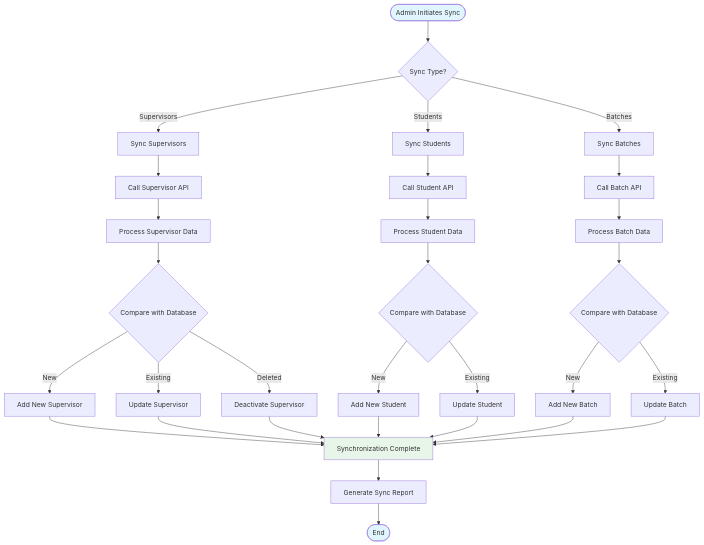
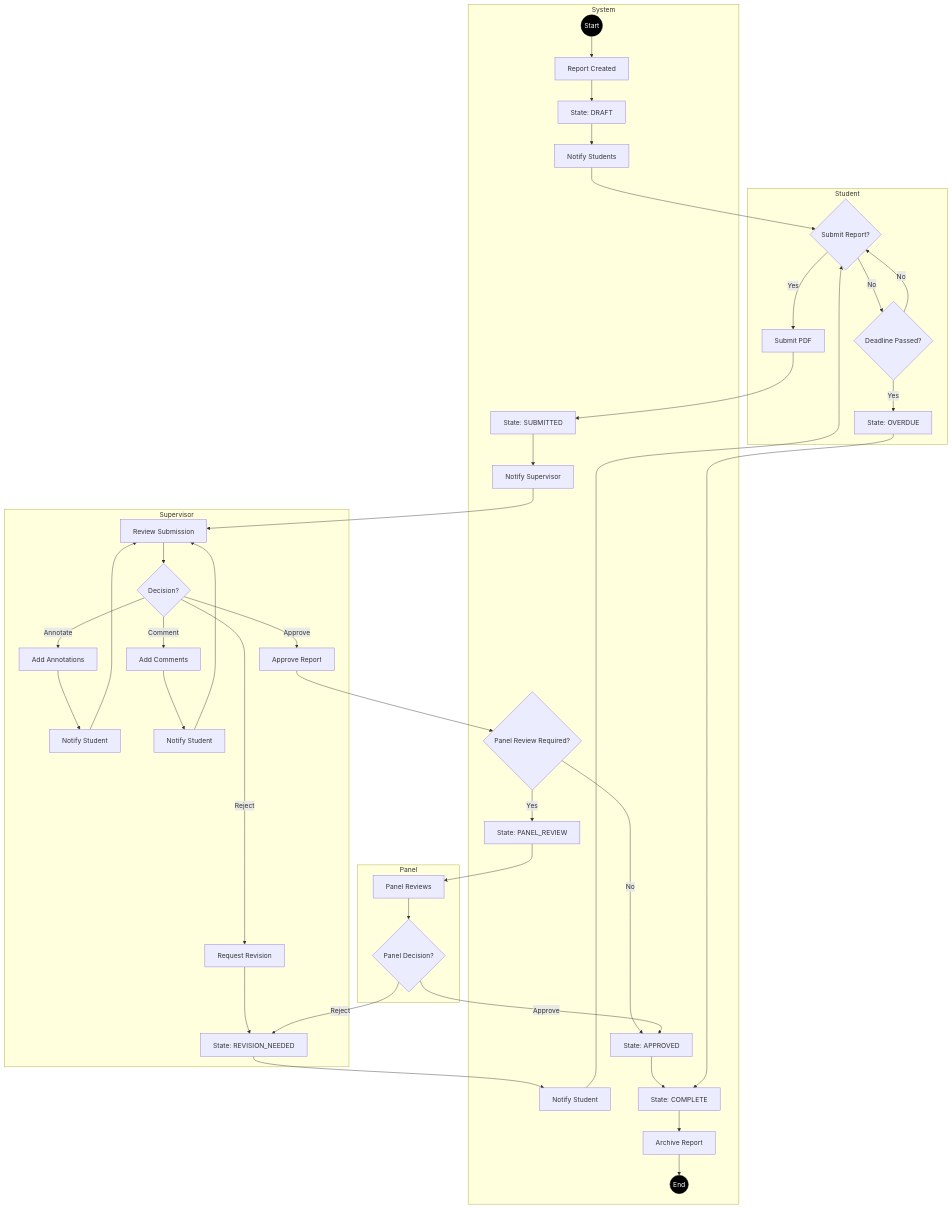
Before and after one commit to abdullah2323442/thesisrepo-backup: the fourth of 6 diagrams in activity.md, drawn with Mermaid. The commit also changed other lines of this file and 1 other file, not shown here.

First line of the commit message:
Add activity viewer page with Mermaid diagrams for thesis repository management system

````diff
--- a/activity.md
+++ b/activity.md
@@ -293,45 +208,65 @@
 ```mermaid
-graph TD
-    Start([Admin Initiates Sync]) --> SelectType{Sync Type?}
+graph TB
+    subgraph "System"
+        Start4((Start))
+        Start4 --> CreateReport[Report Created]
+        CreateReport --> DraftState[State: DRAFT]
+        DraftState --> NotifyStudents[Notify Students]
+    end
     
-    SelectType -->|Supervisors| SyncSupervisors[Sync Supervisors]
-    SelectType -->|Students| SyncStudents[Sync Students]
-    SelectType -->|Batches| SyncBatches[Sync Batches]
+    subgraph "Student"
+        NotifyStudents --> StudentAction{Submit Report?}
+        StudentAction -->|No| CheckDeadline{Deadline Passed?}
+        CheckDeadline -->|No| StudentAction
+        CheckDeadline -->|Yes| OverdueState[State: OVERDUE]
+        StudentAction -->|Yes| SubmitReport[Submit PDF]
+    end
     
-    SyncSupervisors --> CallSupAPI[Call Supervisor API]
-    SyncStudents --> CallStuAPI[Call Student API]
-    SyncBatches --> CallBatchAPI[Call Batch API]
+    subgraph "System"
+        SubmitReport --> SubmittedState[State: SUBMITTED]
+        SubmittedState --> NotifySupervisor[Notify Supervisor]
+    end
     
-    CallSupAPI --> ProcessSupData[Process Supervisor Data]
-    CallStuAPI --> ProcessStuData[Process Student Data]
-    CallBatchAPI --> ProcessBatchData[Process Batch Data]
+    subgraph "Supervisor"
+        NotifySupervisor --> ReviewReport[Review Submission]
+        ReviewReport --> Decision{Decision?}
+        Decision -->|Annotate| AddAnnotations[Add Annotations]
+        AddAnnotations --> NotifyAnnotation[Notify Student]
+        NotifyAnnotation --> ReviewReport
+        
+        Decision -->|Comment| AddComments[Add Comments]
+        AddComments --> NotifyComment[Notify Student]
+        NotifyComment --> ReviewReport
+        
+        Decision -->|Reject| RejectReport[Request Revision]
+        RejectReport --> RevisionState[State: REVISION_NEEDED]
+        
+        Decision -->|Approve| ApproveReport[Approve Report]
+    end
     
-    ProcessSupData --> CompareSupDB{Compare with Database}
-    ProcessStuData --> CompareStuDB{Compare with Database}
-    ProcessBatchData --> CompareBatchDB{Compare with Database}
+    subgraph "System"
+        RevisionState --> NotifyRevision[Notify Student]
+        NotifyRevision --> StudentAction
+        
+        ApproveReport --> CheckPanel{Panel Review Required?}
+        CheckPanel -->|No| ApprovedState[State: APPROVED]
+        CheckPanel -->|Yes| PanelState[State: PANEL_REVIEW]
+    end
     
-    CompareSupDB -->|New| AddSupervisor[Add New Supervisor]
-    CompareSupDB -->|Existing| UpdateSupervisor[Update Supervisor]
-    CompareSupDB -->|Deleted| DeactivateSupervisor[Deactivate Supervisor]
+    subgraph "Panel"
+        PanelState --> PanelReview[Panel Reviews]
+        PanelReview --> PanelDecision{Panel Decision?}
+        PanelDecision -->|Reject| RevisionState
+        PanelDecision -->|Approve| ApprovedState
+    end
     
-    CompareStuDB -->|New| AddStudent[Add New Student]
-    CompareStuDB -->|Existing| UpdateStudent[Update Student]
+    subgraph "System"
+        ApprovedState --> CompleteState[State: COMPLETE]
+        OverdueState --> CompleteState
+        CompleteState --> ArchiveReport[Archive Report]
+        ArchiveReport --> End4((End))
+    end
     
-    CompareBatchDB -->|New| AddBatch[Add New Batch]
-    CompareBatchDB -->|Existing| UpdateBatch[Update Batch]
-    
-    AddSupervisor --> SyncComplete[Synchronization Complete]
-    UpdateSupervisor --> SyncComplete
-    DeactivateSupervisor --> SyncComplete
-    AddStudent --> SyncComplete
-    UpdateStudent --> SyncComplete
-    AddBatch --> SyncComplete
-    UpdateBatch --> SyncComplete
-    
-    SyncComplete --> GenerateReport[Generate Sync Report]
-    GenerateReport --> End([End])
-    
-    style Start fill:#e1f5fe
-    style End fill:#e1f5fe
-    style SyncComplete fill:#e8f5e9
+    style Start4 fill:#000,stroke:#000,color:#fff
+    style End4 fill:#000,stroke:#000,color:#fff
 ```
````
